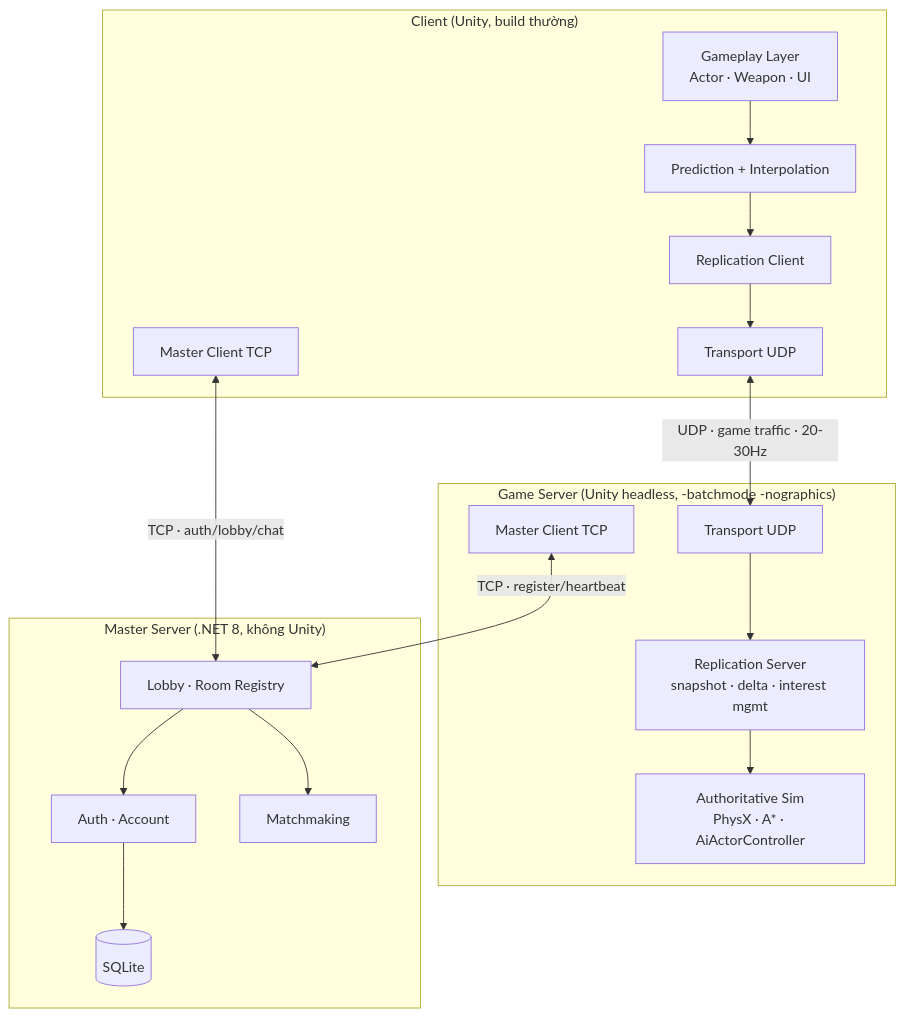
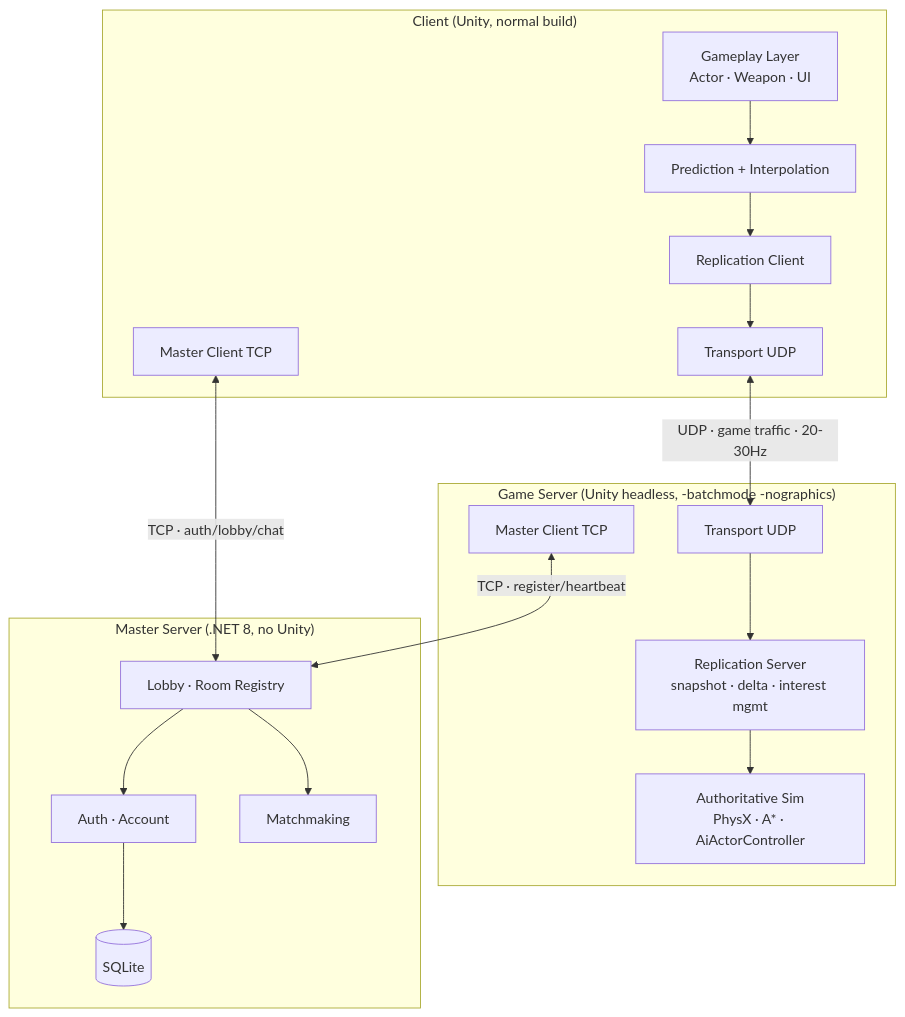
The first of 3 diagrams in plans/00-shared/architecture.md (Nghaiz/LTM), drawn with Mermaid before and after one commit. The commit also changed other lines of this file and 34 other files, not shown here.

````diff
--- a/plans/00-shared/architecture.md
+++ b/plans/00-shared/architecture.md
@@ -9,32 +10,32 @@
 ```mermaid
 flowchart TB
-    subgraph Client["Client (Unity, build thường)"]
+    subgraph Client["Client (Unity, normal build)"]
         CG[Gameplay Layer<br/>Actor · Weapon · UI]
         CP[Prediction + Interpolation]
         CR[Replication Client]
         CT[Transport UDP]
         CM[Master Client TCP]
     end
 
     subgraph GS["Game Server (Unity headless, -batchmode -nographics)"]
         SS[Authoritative Sim<br/>PhysX · A* · AiActorController]
         SR[Replication Server<br/>snapshot · delta · interest mgmt]
         ST[Transport UDP]
         SM[Master Client TCP]
     end
 
-    subgraph MS["Master Server (.NET 8, không Unity)"]
+    subgraph MS["Master Server (.NET 8, no Unity)"]
         MA[Auth · Account]
         ML[Lobby · Room Registry]
         MM[Matchmaking]
         MD[(SQLite)]
     end
 
     CG --> CP --> CR --> CT
     CT <-->|"UDP · game traffic · 20-30Hz"| ST
     ST --> SR --> SS
     CM <-->|"TCP · auth/lobby/chat"| ML
     SM <-->|"TCP · register/heartbeat"| ML
     ML --> MA --> MD
     ML --> MM
 ```
````
